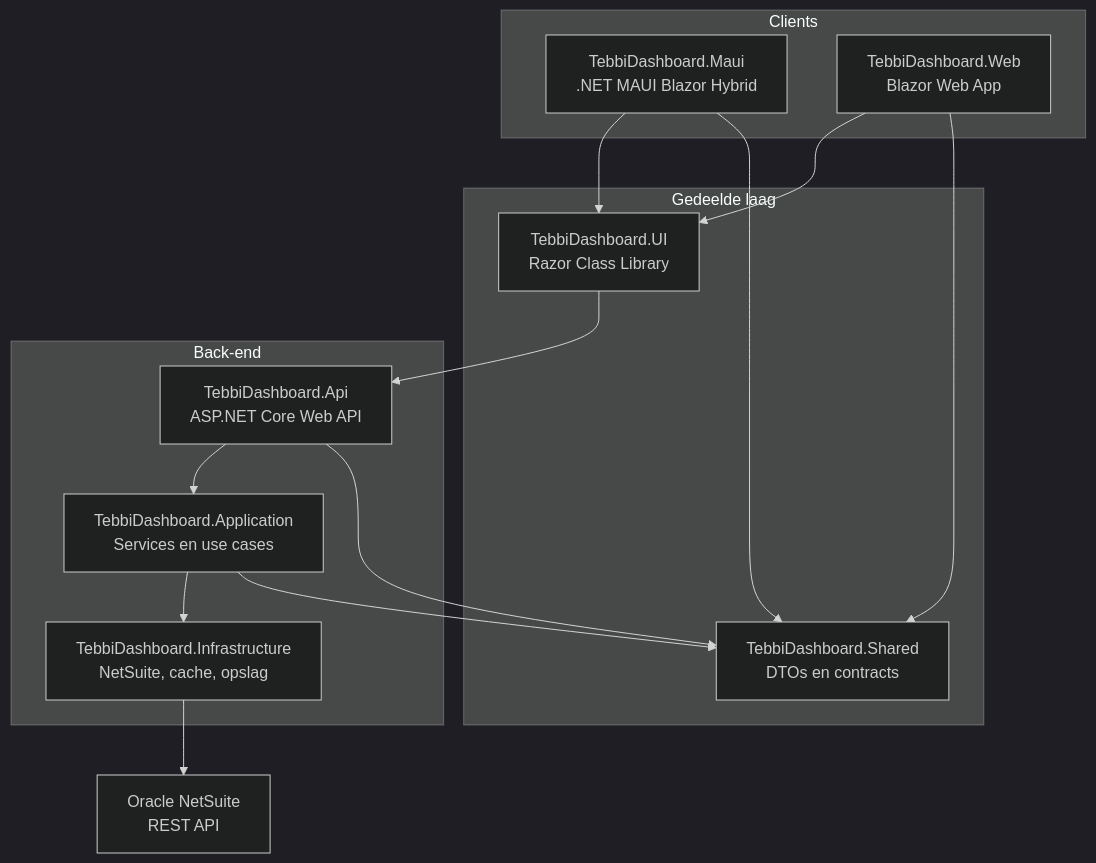
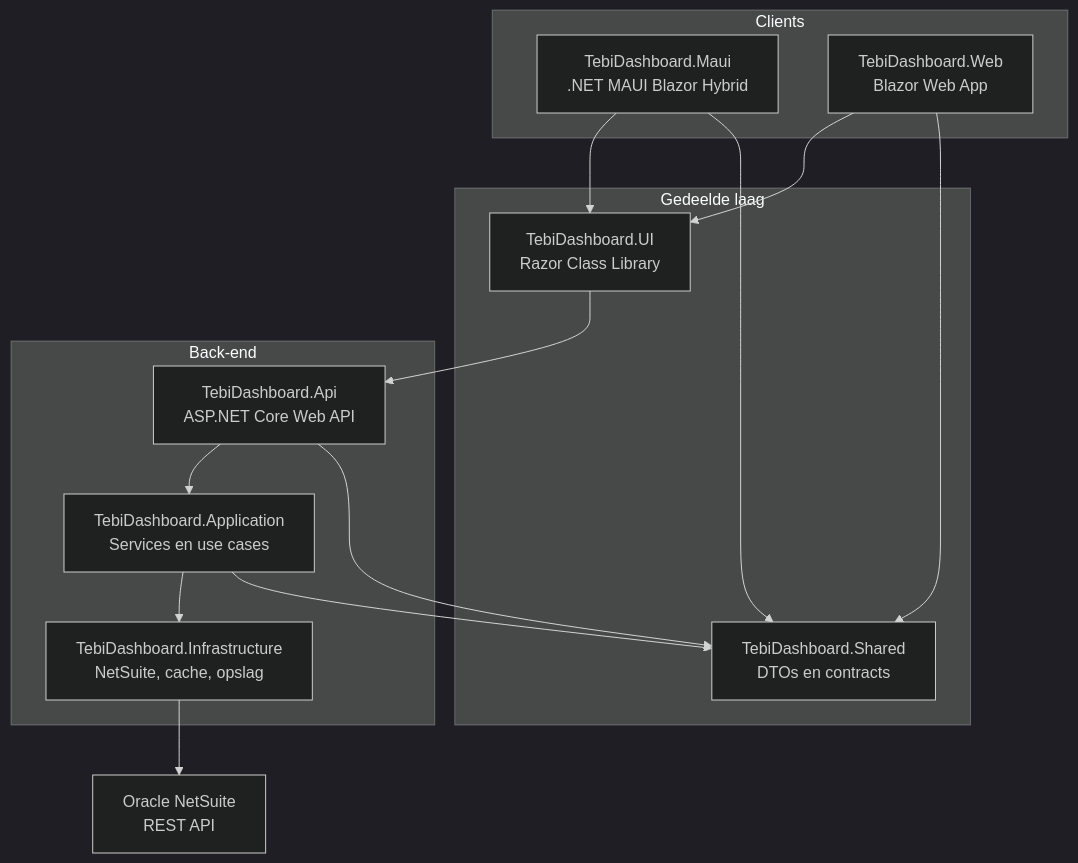
One commit to JorikLeemans/TebiDashboard changed the first of 3 diagrams in docs/architectuur.md. Above: the diagram before and after it, drawn with Mermaid (dark theme). The commit also changed other lines of this file and 283 other files, not shown here.

First line of the commit message:
Rename TebbiDashboard to TebiDashboard across the solution.

````diff
--- a/docs/architectuur.md
+++ b/docs/architectuur.md
@@ -9,31 +9,31 @@
 ```mermaid
 flowchart TB
     subgraph clients [Clients]
-        Maui["TebbiDashboard.Maui\n.NET MAUI Blazor Hybrid"]
-        Web["TebbiDashboard.Web\nBlazor Web App"]
+        Maui["TebiDashboard.Maui\n.NET MAUI Blazor Hybrid"]
+        Web["TebiDashboard.Web\nBlazor Web App"]
     end
 
     subgraph shared [Gedeelde laag]
-        UI["TebbiDashboard.UI\nRazor Class Library"]
-        Shared["TebbiDashboard.Shared\nDTOs en contracts"]
+        UI["TebiDashboard.UI\nRazor Class Library"]
+        Shared["TebiDashboard.Shared\nDTOs en contracts"]
     end
 
     subgraph backend [Back-end]
-        Api["TebbiDashboard.Api\nASP.NET Core Web API"]
-        App["TebbiDashboard.Application\nServices en use cases"]
-        Infra["TebbiDashboard.Infrastructure\nNetSuite, cache, opslag"]
+        Api["TebiDashboard.Api\nASP.NET Core Web API"]
+        App["TebiDashboard.Application\nServices en use cases"]
+        Infra["TebiDashboard.Infrastructure\nNetSuite, cache, opslag"]
     end
 
     NetSuite["Oracle NetSuite\nREST API"]
 
     Maui --> UI
     Web --> UI
     UI --> Api
     Api --> App
     App --> Infra
     Infra --> NetSuite
     Maui --> Shared
     Web --> Shared
     Api --> Shared
     App --> Shared
 ```
````
